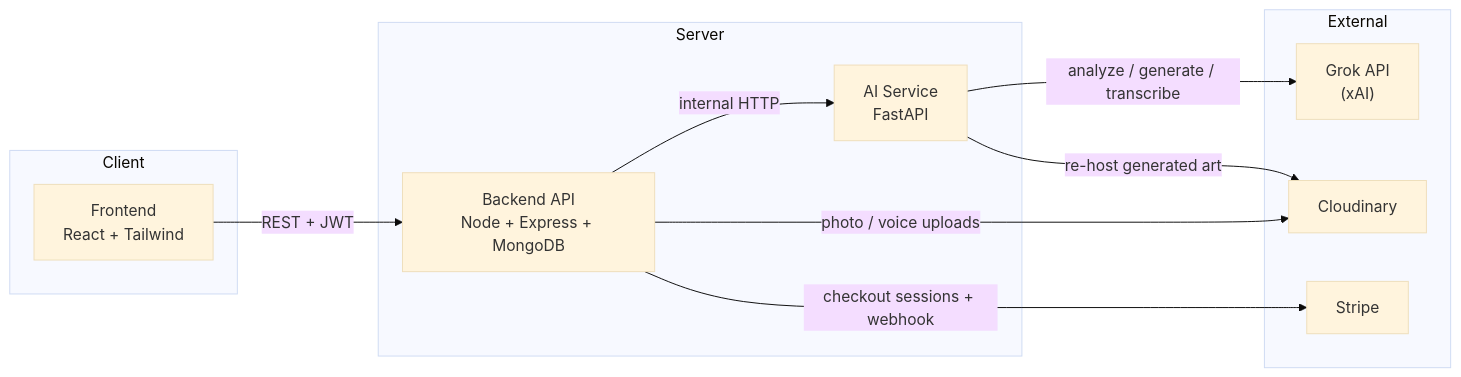
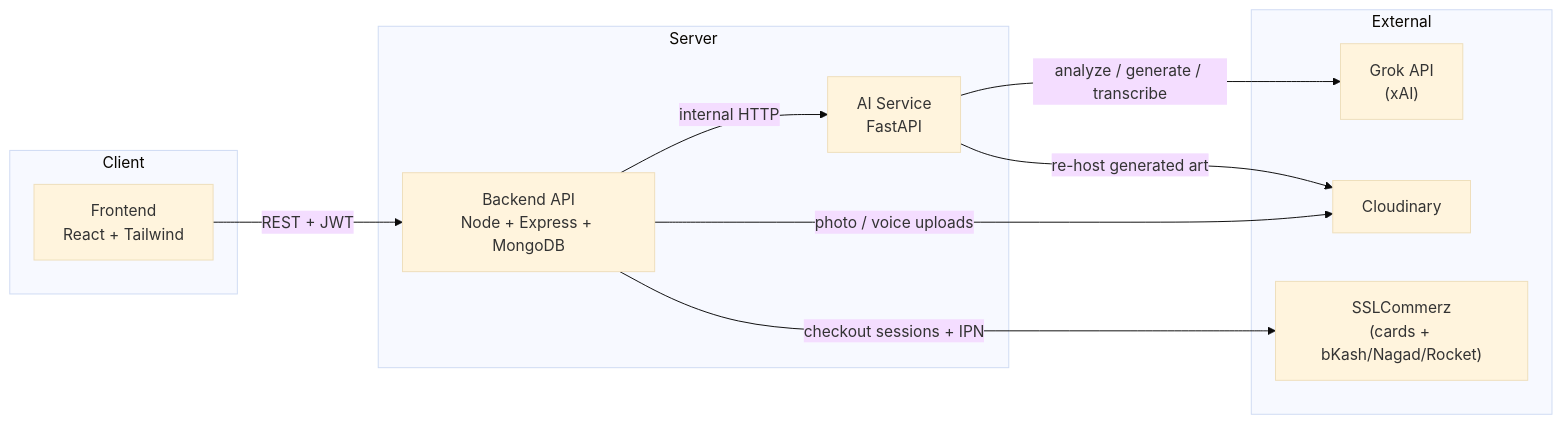
Before and after one commit to Zahin2470/AI-Personalized-Memory-Art: the diagram in README.md, drawn with Mermaid (base theme). The commit also changed other lines of this file and 16 other files, not shown here.

Commit message:
feat: replace Stripe with SSLCommerz payment integration, adding payment session handling, callback validation, BDT support, and updated order processing requirements

````diff
--- a/README.md
+++ b/README.md
@@ -58,22 +68,22 @@
 ```mermaid
 flowchart LR
     subgraph Client
         FE["Frontend<br/>React + Tailwind"]
     end
     subgraph Server
         BE["Backend API<br/>Node + Express + MongoDB"]
         AI["AI Service<br/>FastAPI"]
     end
     subgraph External
         GROK["Grok API<br/>(xAI)"]
         CLOUD["Cloudinary"]
-        STRIPE["Stripe"]
+        SSL["SSLCommerz<br/>(cards + bKash/Nagad/Rocket)"]
     end
 
     FE -->|REST + JWT| BE
     BE -->|internal HTTP| AI
     AI -->|analyze / generate / transcribe| GROK
     BE -->|photo / voice uploads| CLOUD
     AI -->|re-host generated art| CLOUD
-    BE -->|checkout sessions + webhook| STRIPE
+    BE -->|checkout sessions + IPN| SSL
 ```
````
